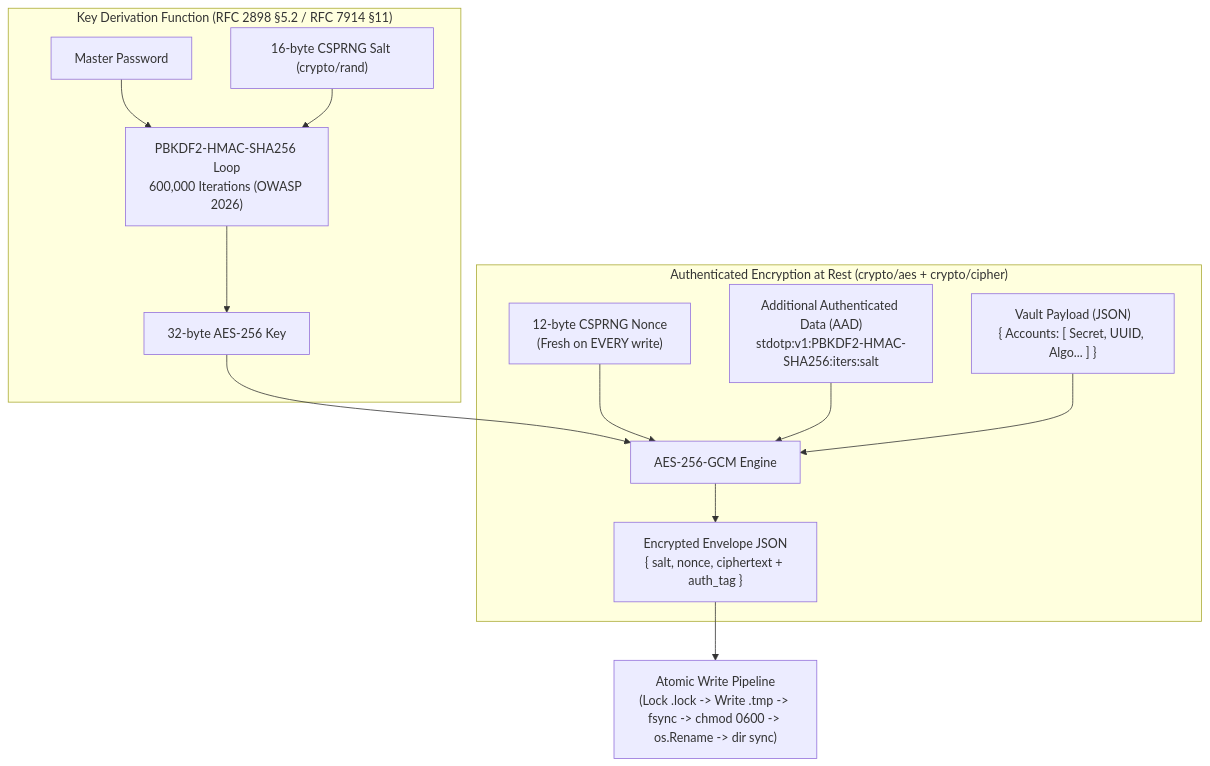
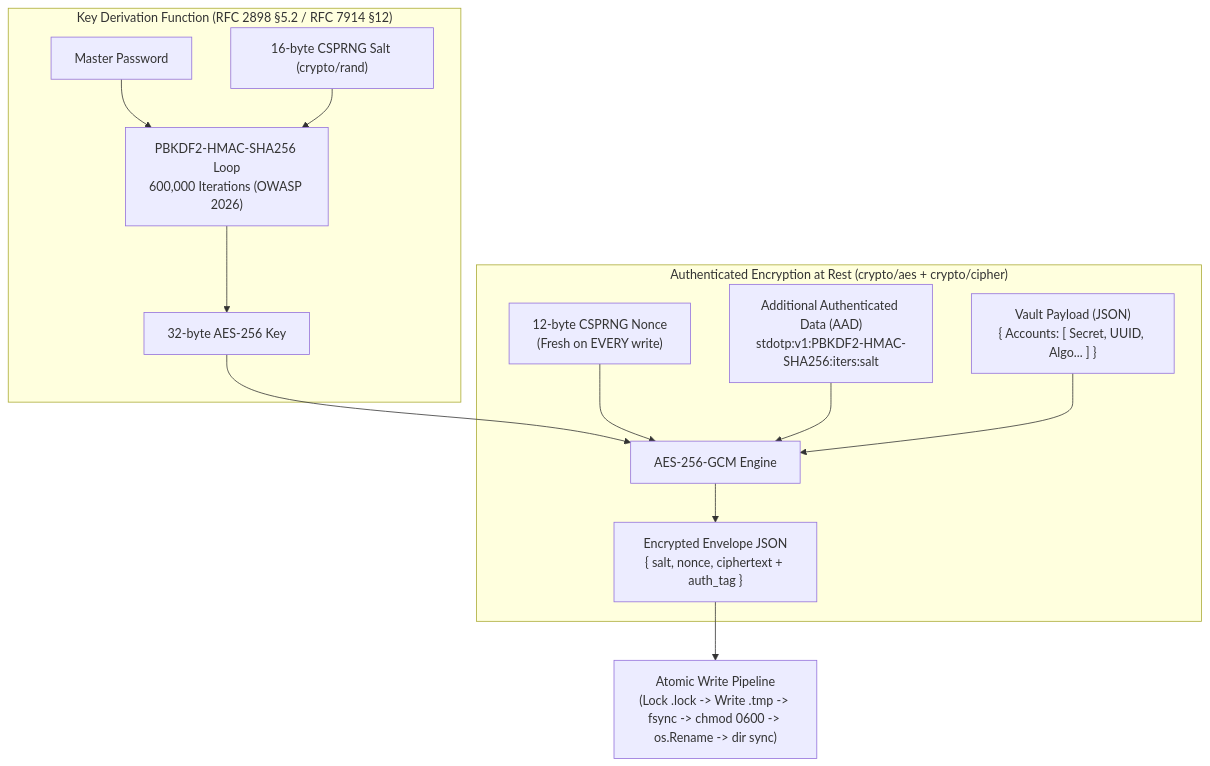
One commit to moin08s/stdotp changed the second of 4 diagrams in README.md. Above: the diagram before and after it, drawn with Mermaid. The commit also changed other lines of this file and 7 other files, not shown here.

````diff
--- a/README.md
+++ b/README.md
@@ -157,18 +157,18 @@
 ```mermaid
 flowchart TD
-    subgraph KDF["Key Derivation Function (RFC 2898 §5.2 / RFC 7914 §11)"]
+    subgraph KDF["Key Derivation Function (RFC 2898 §5.2 / RFC 7914 §12)"]
         Password[Master Password] --> PBKDF2Loop["PBKDF2-HMAC-SHA256 Loop<br/>600,000 Iterations (OWASP 2026)"]
         Salt["16-byte CSPRNG Salt (crypto/rand)"] --> PBKDF2Loop
         PBKDF2Loop --> DerivedKey["32-byte AES-256 Key"]
     end
 
     subgraph AEAD["Authenticated Encryption at Rest (crypto/aes + crypto/cipher)"]
         DerivedKey --> AESGCM["AES-256-GCM Engine"]
         FreshNonce["12-byte CSPRNG Nonce<br/>(Fresh on EVERY write)"] --> AESGCM
         HeaderAAD["Additional Authenticated Data (AAD)<br/>stdotp:v1:PBKDF2-HMAC-SHA256:iters:salt"] --> AESGCM
         PlaintextJSON["Vault Payload (JSON)<br/>{ Accounts: [ Secret, UUID, Algo... ] }"] --> AESGCM
         AESGCM --> EncryptedEnvelope["Encrypted Envelope JSON<br/>{ salt, nonce, ciphertext + auth_tag }"]
     end
 
     EncryptedEnvelope --> AtomicWrite["Atomic Write Pipeline<br/>(Lock .lock -> Write .tmp -> fsync -> chmod 0600 -> os.Rename -> dir sync)"]
 ```
````
